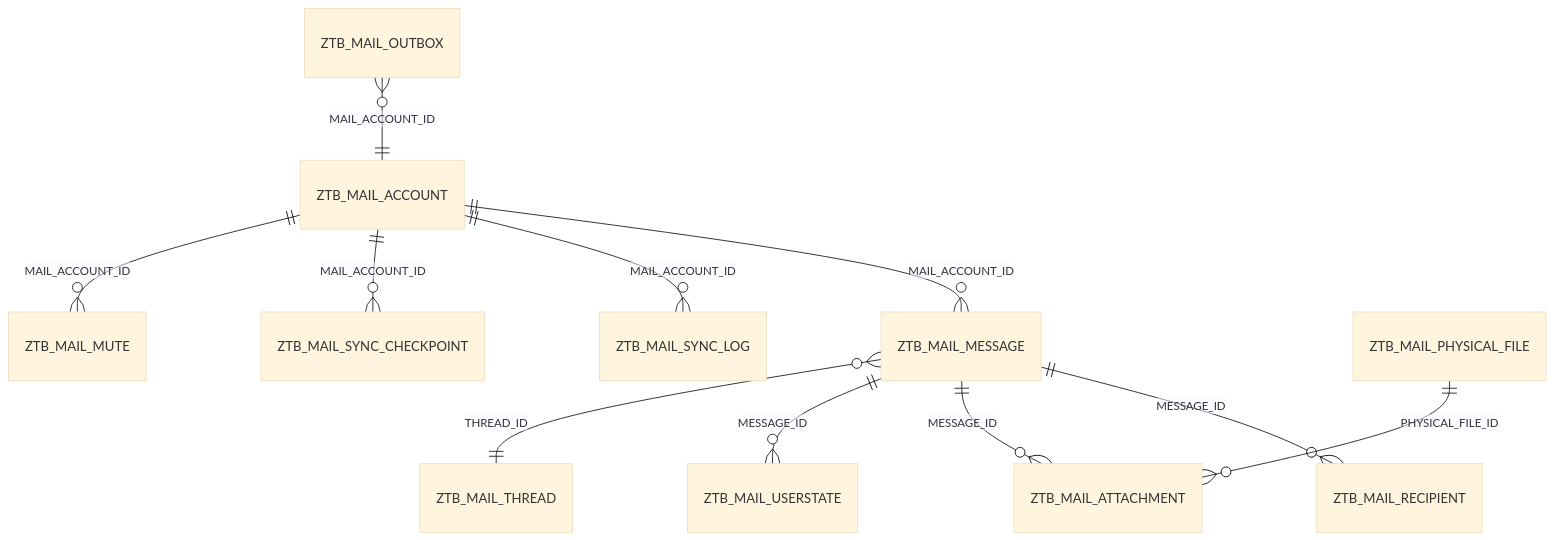
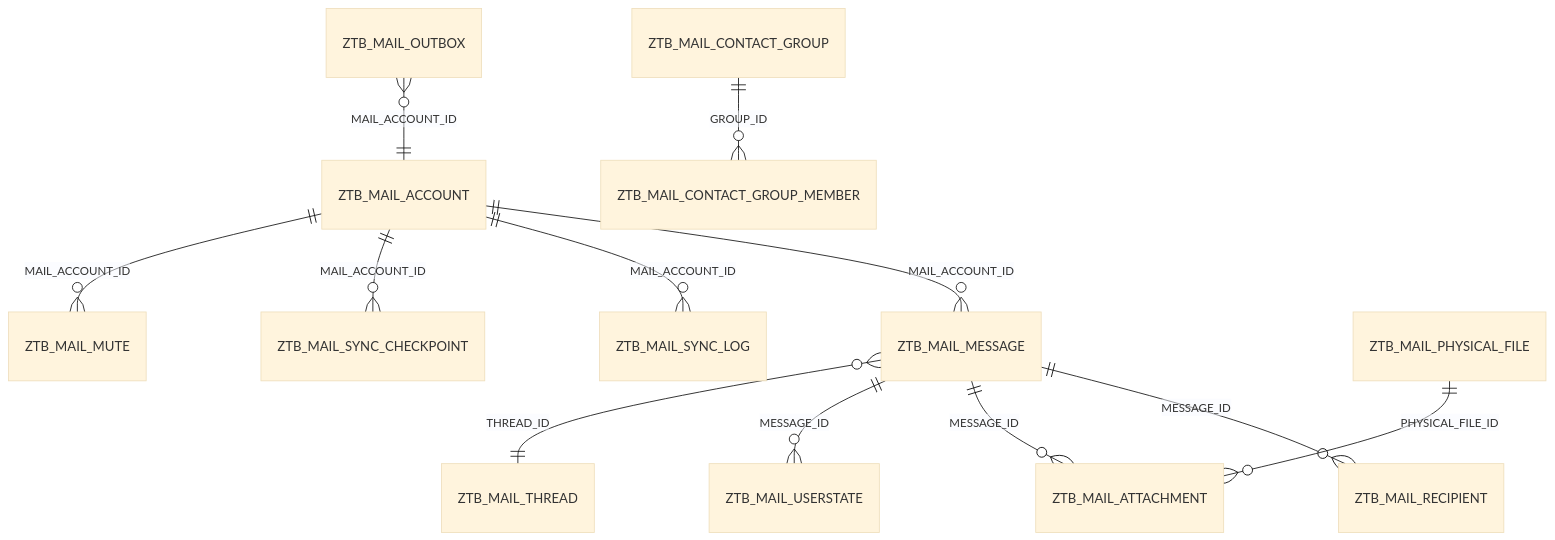
Before and after one commit to vip7009pro/practice1: the second of 2 diagrams in MAIL_DELIVERABLES_REPORT.md, drawn with Mermaid (base theme). The commit also changed other lines of this file and 10 other files, not shown here.

````diff
--- a/MAIL_DELIVERABLES_REPORT.md
+++ b/MAIL_DELIVERABLES_REPORT.md
@@ -77,13 +77,14 @@
 ```mermaid
 erDiagram
   ZTB_MAIL_ACCOUNT ||--o{ ZTB_MAIL_MESSAGE : "MAIL_ACCOUNT_ID"
   ZTB_MAIL_ACCOUNT ||--o{ ZTB_MAIL_SYNC_LOG : "MAIL_ACCOUNT_ID"
   ZTB_MAIL_ACCOUNT ||--o{ ZTB_MAIL_SYNC_CHECKPOINT : "MAIL_ACCOUNT_ID"
   ZTB_MAIL_ACCOUNT ||--o{ ZTB_MAIL_MUTE : "MAIL_ACCOUNT_ID"
+  ZTB_MAIL_CONTACT_GROUP ||--o{ ZTB_MAIL_CONTACT_GROUP_MEMBER : "GROUP_ID"
   ZTB_MAIL_MESSAGE ||--o{ ZTB_MAIL_RECIPIENT : "MESSAGE_ID"
   ZTB_MAIL_MESSAGE ||--o{ ZTB_MAIL_ATTACHMENT : "MESSAGE_ID"
   ZTB_MAIL_MESSAGE ||--o{ ZTB_MAIL_USERSTATE : "MESSAGE_ID"
   ZTB_MAIL_MESSAGE }o--|| ZTB_MAIL_THREAD : "THREAD_ID"
   ZTB_MAIL_PHYSICAL_FILE ||--o{ ZTB_MAIL_ATTACHMENT : "PHYSICAL_FILE_ID"
   ZTB_MAIL_OUTBOX }o--|| ZTB_MAIL_ACCOUNT : "MAIL_ACCOUNT_ID"
 ```
````
